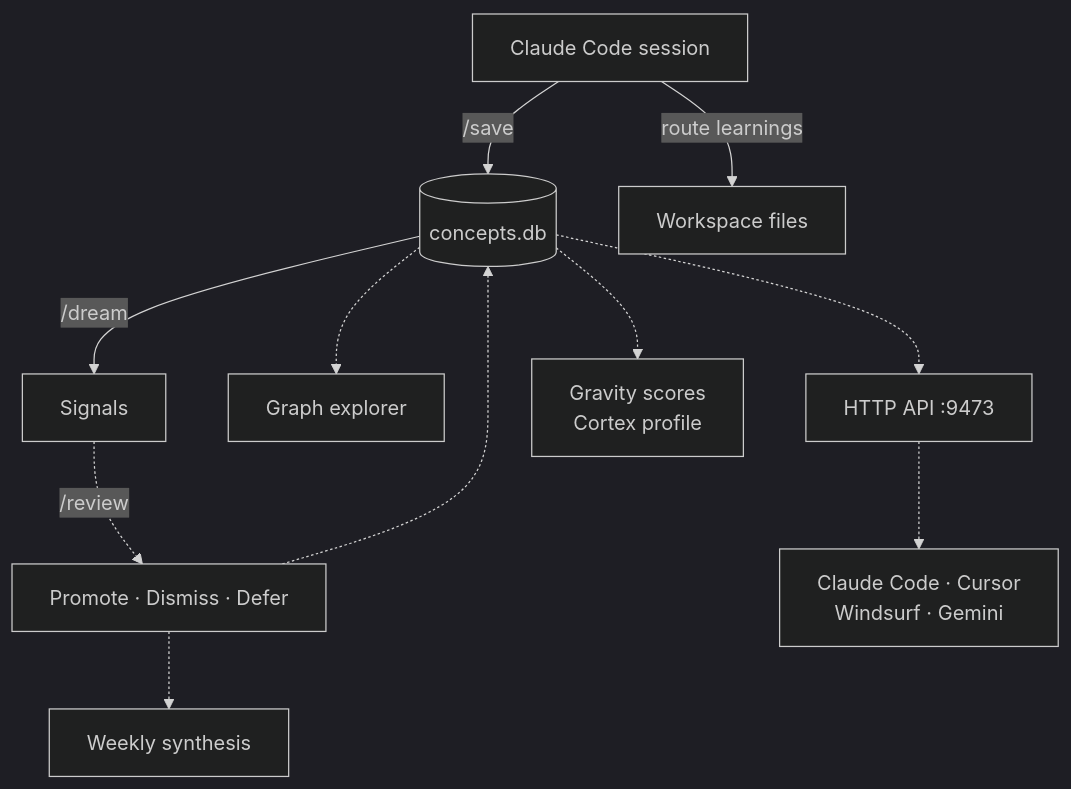
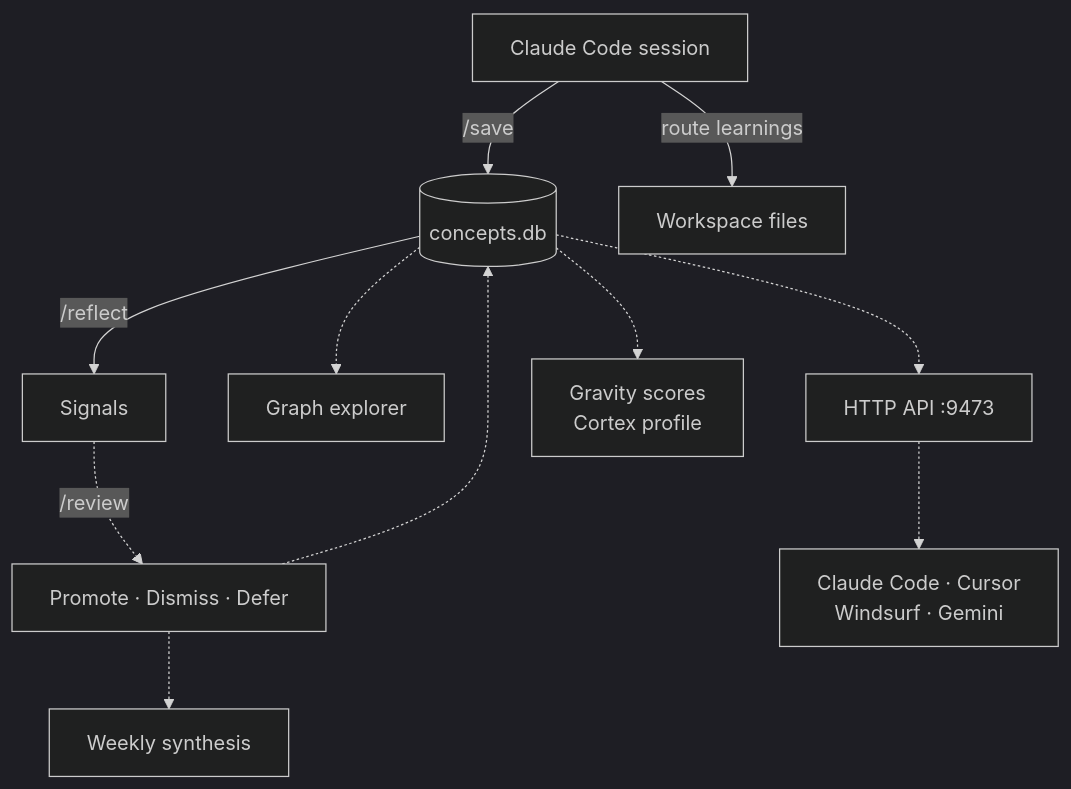
Before and after one commit to vednikolic/cortex: the second of 2 diagrams in README.md, drawn with Mermaid (dark theme). The commit also changed other lines of this file and 14 other files, not shown here.

First line of the commit message:
refactor: rename /dream to /reflect to avoid Auto Dream collision

````diff
--- a/README.md
+++ b/README.md
@@ -256,16 +256,16 @@
 ```mermaid
 flowchart TB
     session["Claude Code session"]
     session -->|"/save"| db[("concepts.db")]
     session -->|"route learnings"| files["Workspace files"]
-    db -->|"/dream"| signals["Signals"]
+    db -->|"/reflect"| signals["Signals"]
 
     signals -.->|"/review"| triage["Promote · Dismiss · Defer"]
     triage -.-> db
     triage -.-> synthesis["Weekly synthesis"]
 
     db -.-> explorer["Graph explorer"]
     db -.-> api["HTTP API :9473"]
     api -.-> agents["Claude Code · Cursor<br>Windsurf · Gemini"]
     db -.-> profile["Gravity scores<br>Cortex profile"]
 ```
````
